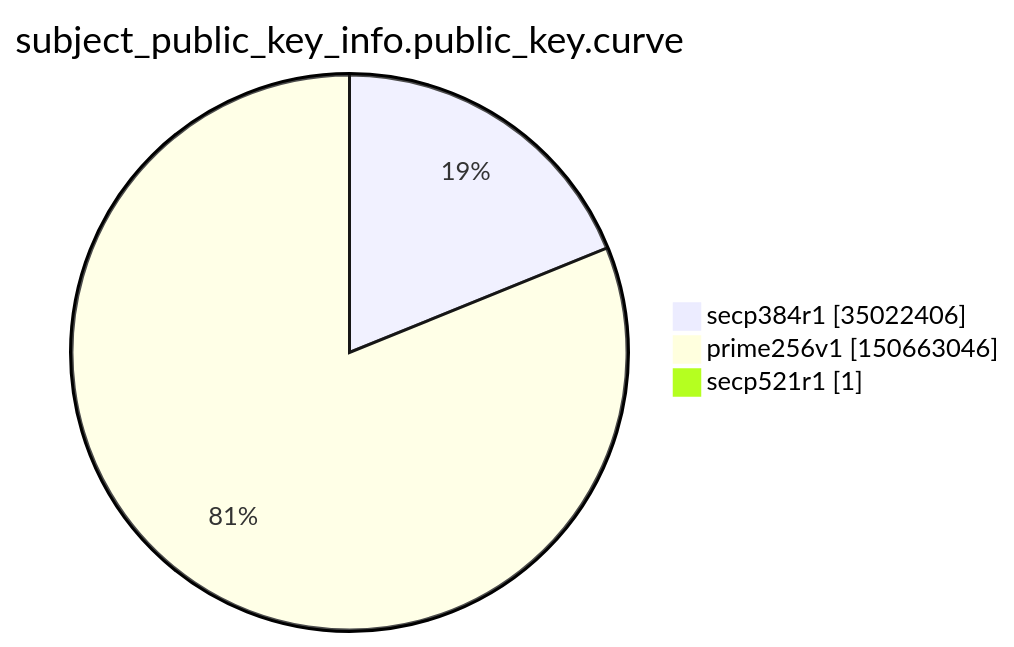
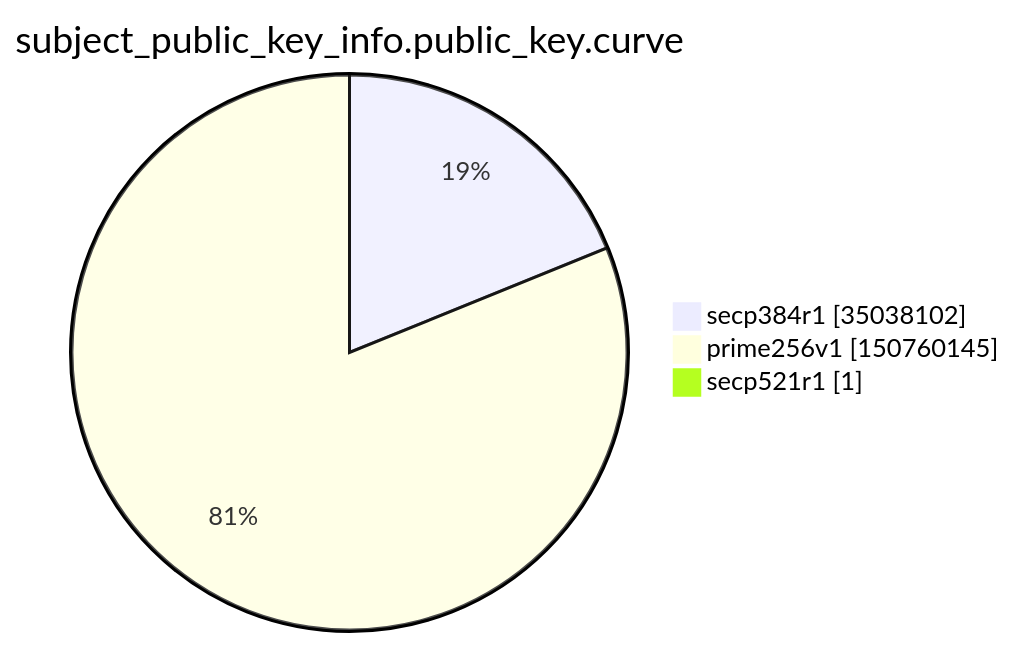
One commit to christiankrug/ctmonitor_visualization changed the ninth of 15 diagrams in argon2022/README.md. Above: the diagram before and after it, drawn with Mermaid. The commit also changed other lines of this file, not shown here.

````diff
--- a/argon2022/README.md
+++ b/argon2022/README.md
@@ -2765,7 +2765,7 @@
 ```mermaid
 pie showData
 title subject_public_key_info.public_key.curve
-"secp384r1" :35022406
-"prime256v1" :150663046
+"secp384r1" :35038102
+"prime256v1" :150760145
 "secp521r1" :1
 ```
````
